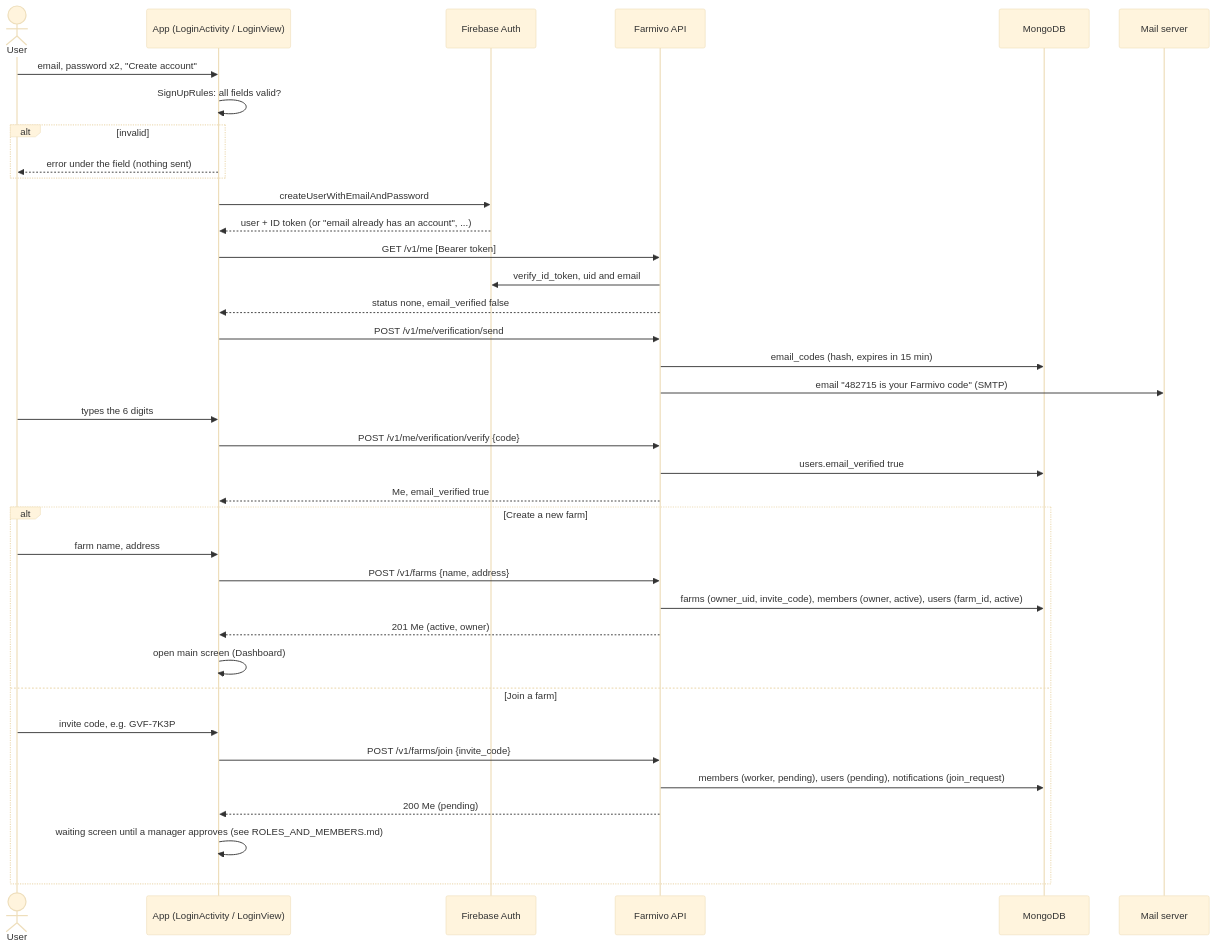
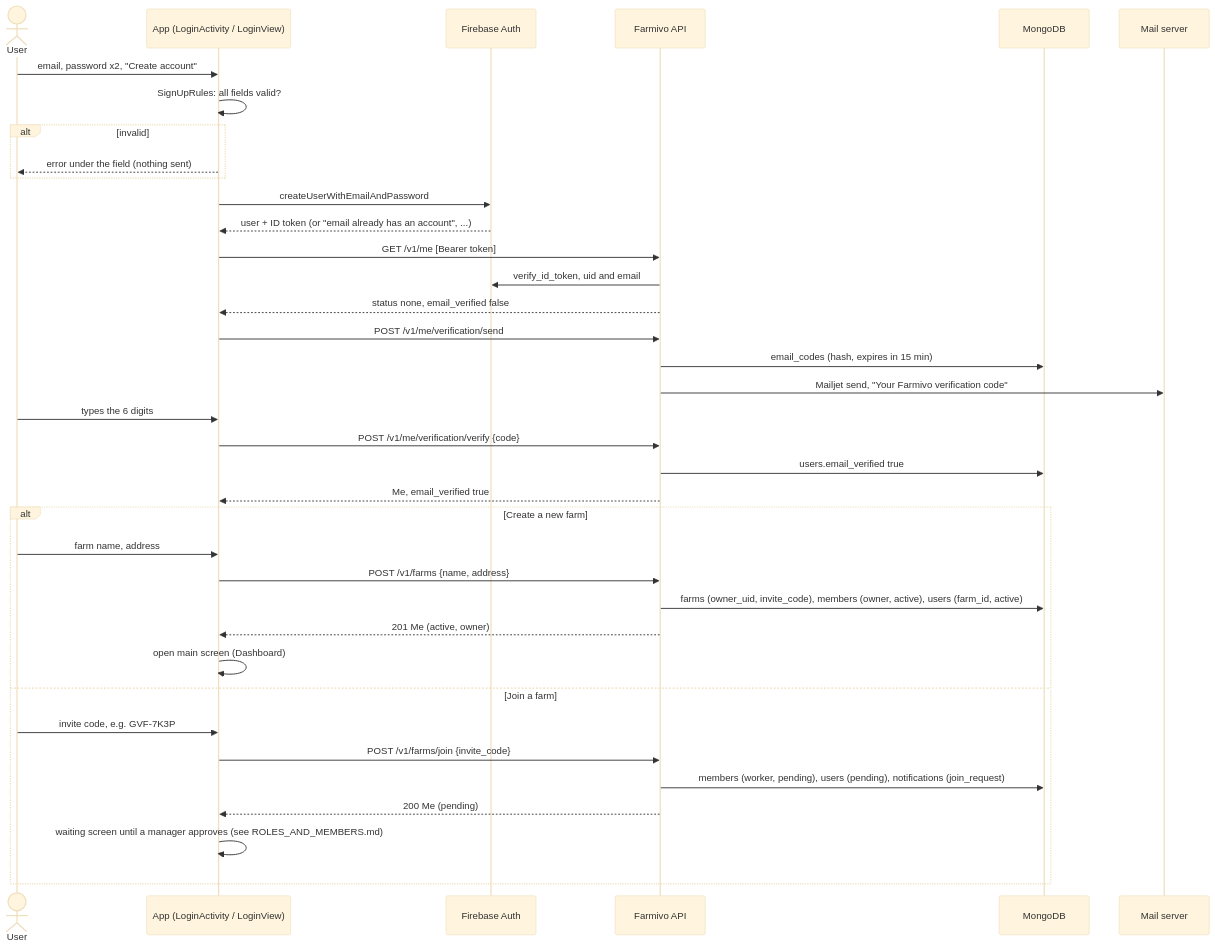
The third of 9 diagrams in docs/SYSTEM_GUIDE.md (haythoum/farmivo_backend), drawn with Mermaid (base theme) before and after one commit. The commit also changed other lines of this file and 12 other files, not shown here.

First line of the commit message:
Send the verification code through Mailjet instead of SMTP

````diff
--- a/docs/SYSTEM_GUIDE.md
+++ b/docs/SYSTEM_GUIDE.md
@@ -91,39 +91,39 @@
 ```mermaid
 sequenceDiagram
   actor U as User
   participant App as App (LoginActivity / LoginView)
   participant FA as Firebase Auth
   participant API as Farmivo API
   participant DB as MongoDB
   participant Mail as Mail server
   U->>App: email, password x2, "Create account"
   App->>App: SignUpRules: all fields valid?
   alt invalid
     App-->>U: error under the field (nothing sent)
   end
   App->>FA: createUserWithEmailAndPassword
   FA-->>App: user + ID token (or "email already has an account", ...)
   App->>API: GET /v1/me  [Bearer token]
   API->>FA: verify_id_token, uid and email
   API-->>App: status none, email_verified false
   App->>API: POST /v1/me/verification/send
   API->>DB: email_codes (hash, expires in 15 min)
-  API->>Mail: email "482715 is your Farmivo code" (SMTP)
+  API->>Mail: Mailjet send, "Your Farmivo verification code"
   U->>App: types the 6 digits
   App->>API: POST /v1/me/verification/verify {code}
   API->>DB: users.email_verified true
   API-->>App: Me, email_verified true
   alt Create a new farm
     U->>App: farm name, address
     App->>API: POST /v1/farms {name, address}
     API->>DB: farms (owner_uid, invite_code), members (owner, active), users (farm_id, active)
     API-->>App: 201 Me (active, owner)
     App->>App: open main screen (Dashboard)
   else Join a farm
     U->>App: invite code, e.g. GVF-7K3P
     App->>API: POST /v1/farms/join {invite_code}
     API->>DB: members (worker, pending), users (pending), notifications (join_request)
     API-->>App: 200 Me (pending)
     App->>App: waiting screen until a manager approves (see ROLES_AND_MEMBERS.md)
   end
 ```
````
